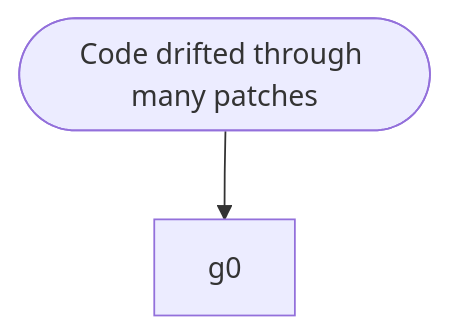
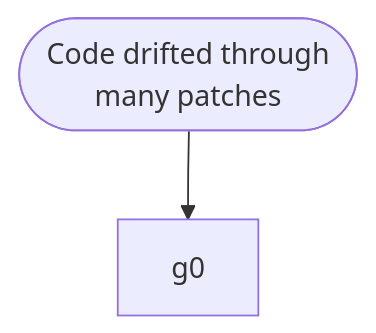
Before and after one commit to nitedani/mergeworthy: diagram 11 of 14 in docs/graphs.md, drawn with Mermaid. The commit also changed other lines of this file and 1 other file, not shown here.

First line of the commit message:
Graphs: short labels wrapped into lines, so GitHub doesn't cut them off

````diff
--- a/docs/graphs.md
+++ b/docs/graphs.md
@@ -282,5 +275,5 @@
 ```mermaid
 flowchart TB
-  start(["Code drifted through many patches"])
+  start(["Code drifted through<br/>many patches"])
   start --> g0
 ```
````
